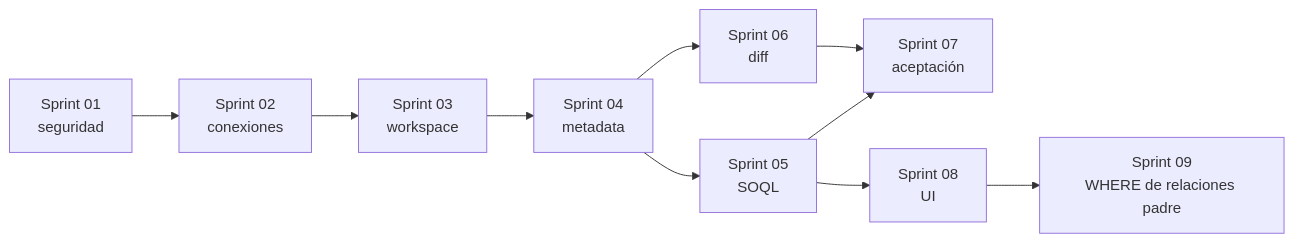
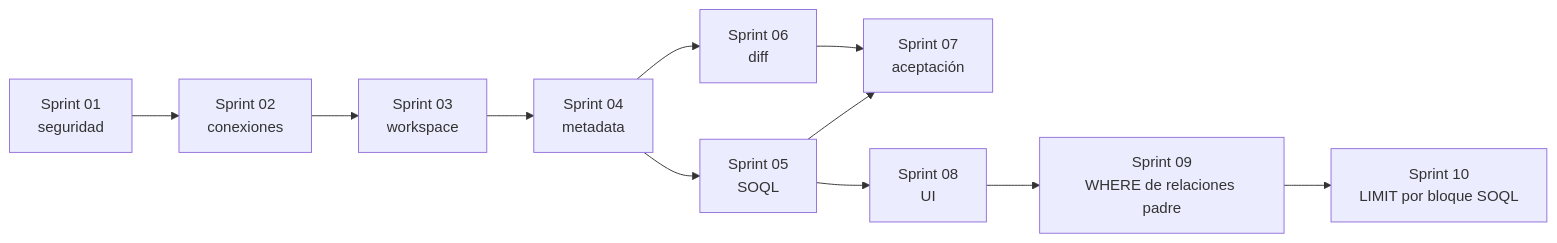
The diagram in doc/PLAN_DE_SPRINTS.md (eBarrero/sfstudio), drawn with Mermaid before and after one commit. The commit also changed other lines of this file and 3 other files, not shown here.

Commit message:
docs(PBI-033): definir gestión de LIMIT por bloque SOQL

````diff
--- a/doc/PLAN_DE_SPRINTS.md
+++ b/doc/PLAN_DE_SPRINTS.md
@@ -36,12 +37,13 @@
 ```mermaid
 flowchart LR
     S1[Sprint 01<br/>seguridad] --> S2[Sprint 02<br/>conexiones]
     S2 --> S3[Sprint 03<br/>workspace]
     S3 --> S4[Sprint 04<br/>metadata]
     S4 --> S5[Sprint 05<br/>SOQL]
     S4 --> S6[Sprint 06<br/>diff]
     S5 --> S7[Sprint 07<br/>aceptación]
     S6 --> S7
     S5 --> S8[Sprint 08<br/>UI]
     S8 --> S9[Sprint 09<br/>WHERE de relaciones padre]
+    S9 --> S10[Sprint 10<br/>LIMIT por bloque SOQL]
 ```
````
